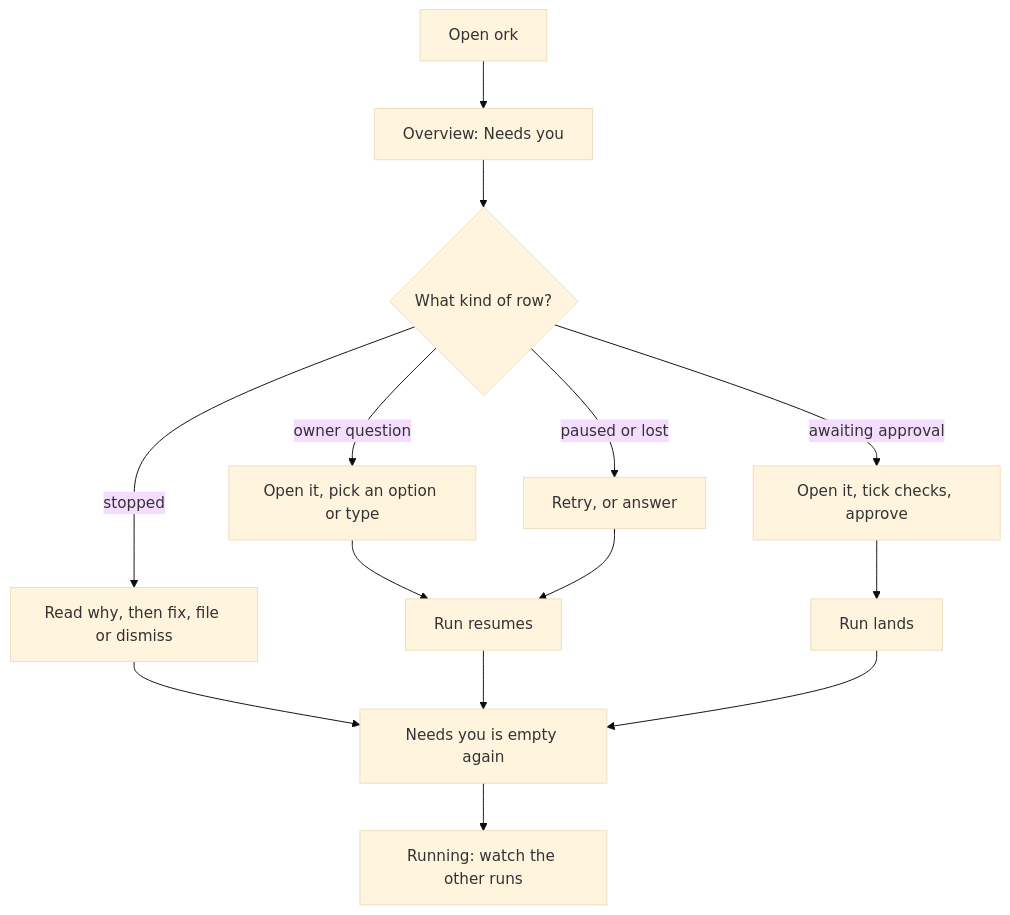
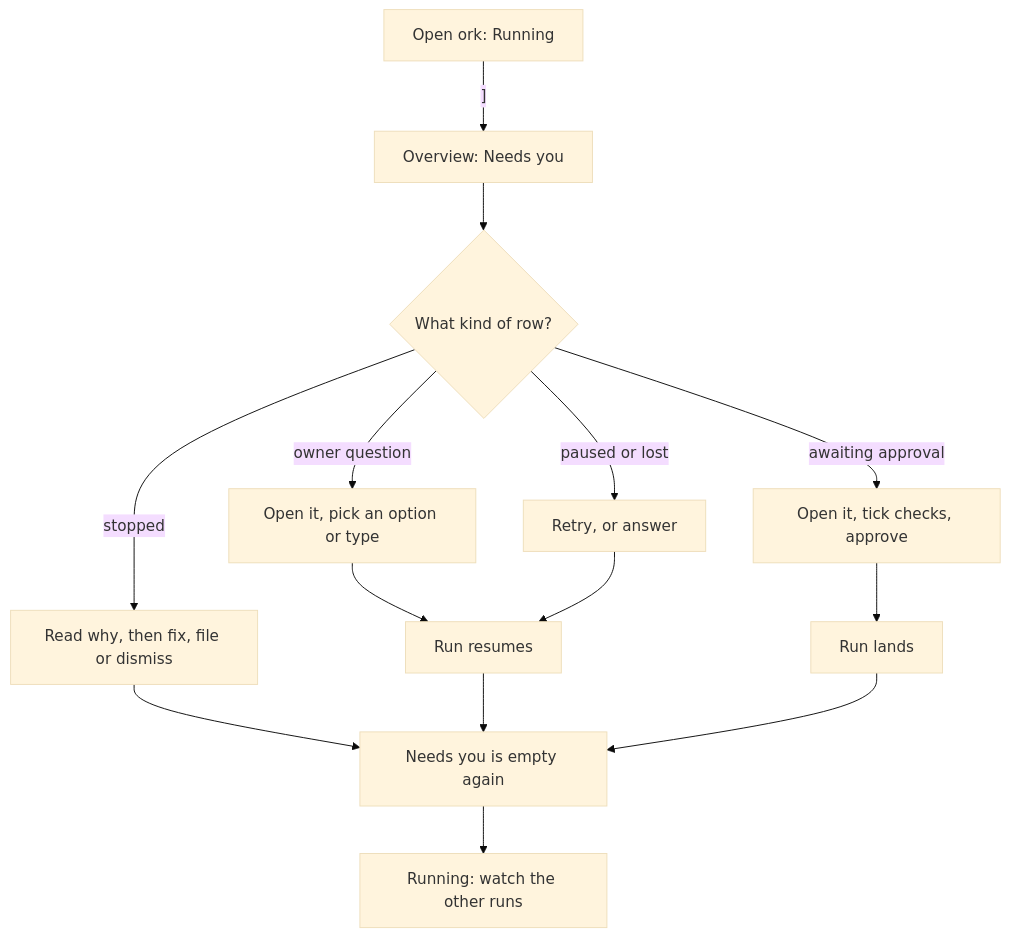
The sixth of 6 diagrams in docs/diagrams.md (squalor-xyz/ork), drawn with Mermaid (base theme) before and after one commit. The commit also changed other lines of this file and 42 other files, not shown here.

````diff
--- a/docs/diagrams.md
+++ b/docs/diagrams.md
@@ -185,16 +186,16 @@
 ```mermaid
 flowchart TD
-    a["Open ork"] --> b["Overview: Needs you"]
+    a["Open ork: Running"] -->|"]"| b["Overview: Needs you"]
     b --> c{"What kind of row?"}
     c -->|"owner question"| d["Open it, pick an option or type"]
     c -->|"awaiting approval"| e["Open it, tick checks, approve"]
     c -->|"paused or lost"| f["Retry, or answer"]
     c -->|"stopped"| g["Read why, then fix, file or dismiss"]
     d --> h["Run resumes"]
     e --> i["Run lands"]
     f --> h
     g --> j["Needs you is empty again"]
     h --> j
     i --> j
     j --> k["Running: watch the other runs"]
 ```
````
